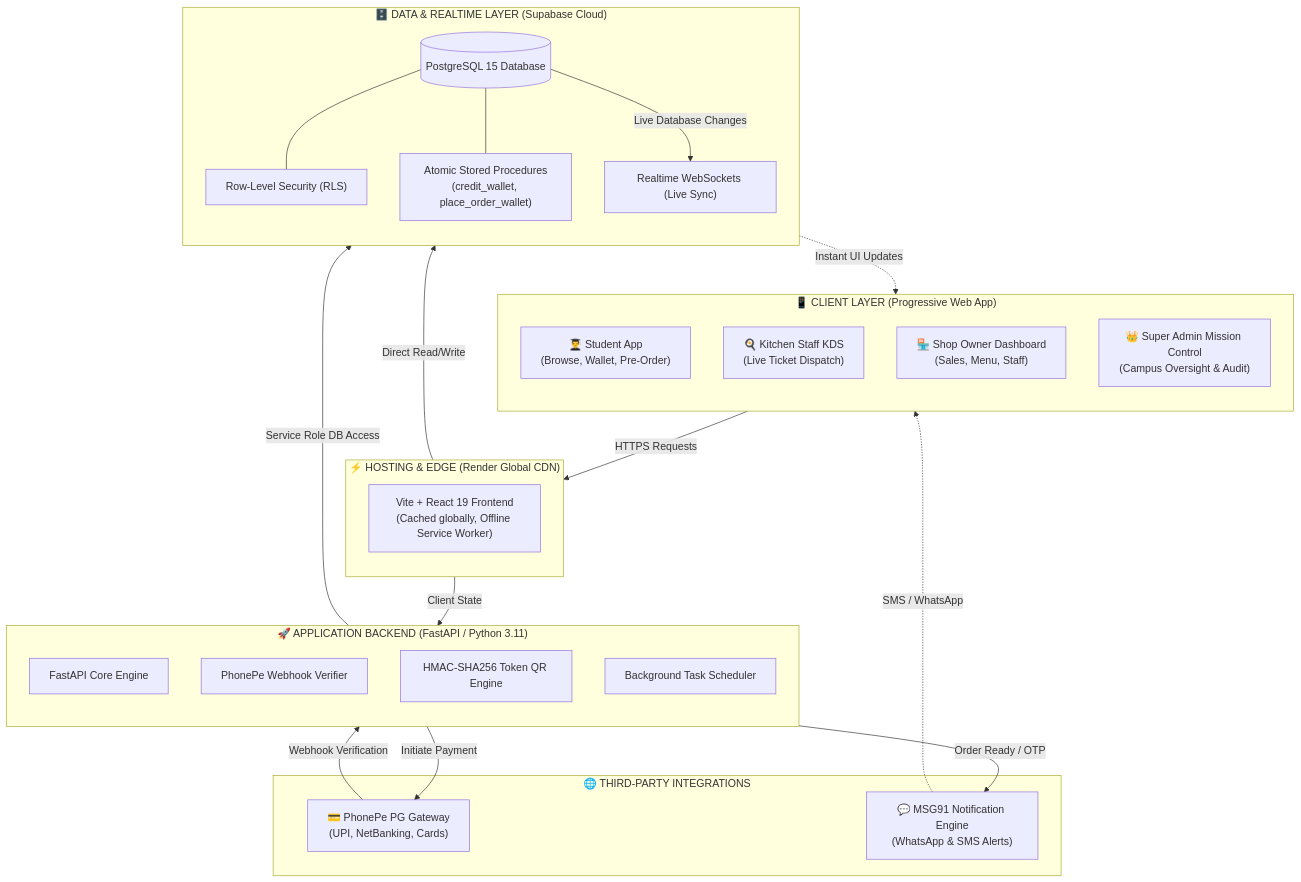
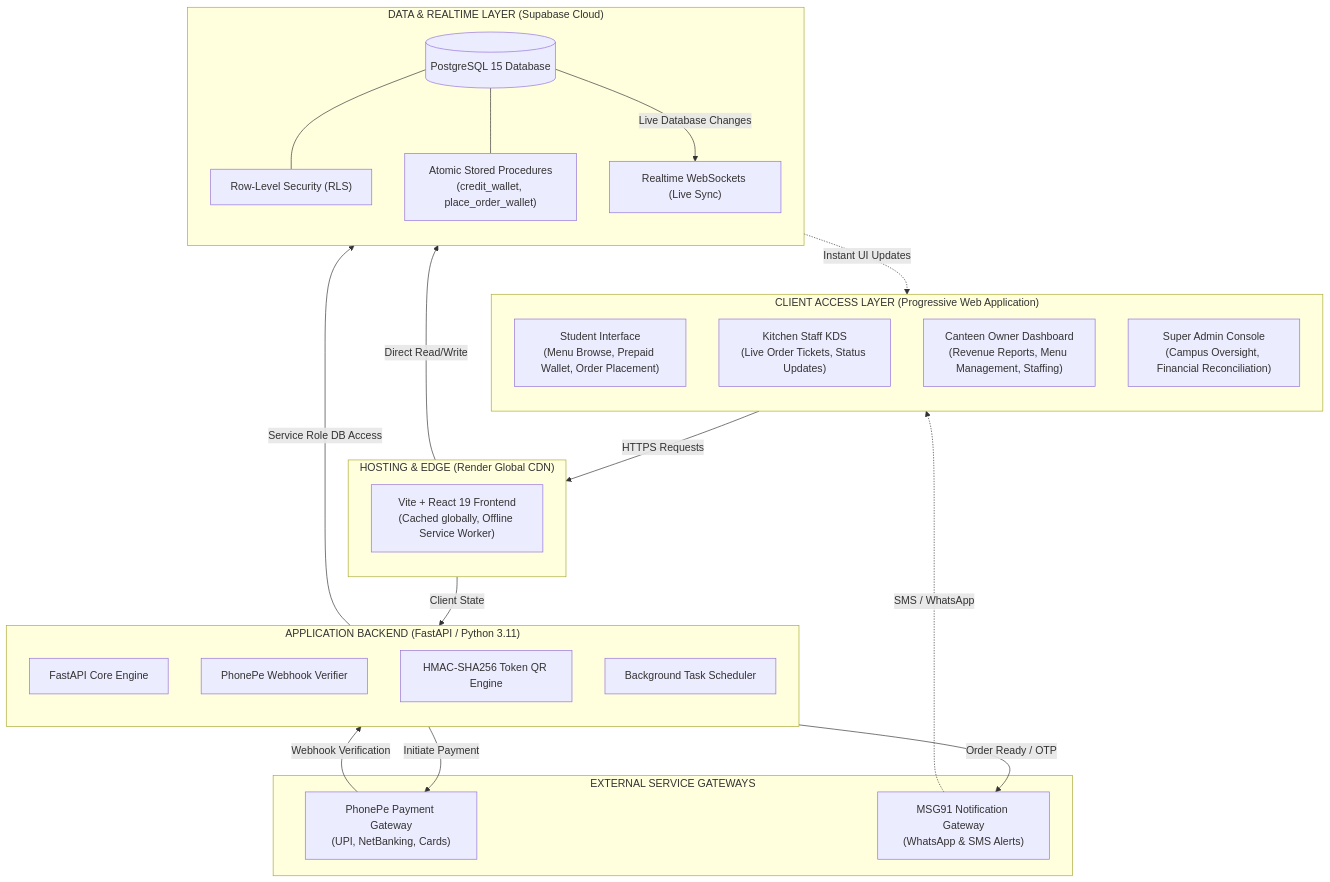
The first of 5 diagrams in docs/V_FOODS_COMPLETE_SYSTEM_GUIDE.md (yogeshravi19/v-buy), drawn with Mermaid before and after one commit. The commit also changed other lines of this file and 13 other files, not shown here.

````diff
--- a/docs/V_FOODS_COMPLETE_SYSTEM_GUIDE.md
+++ b/docs/V_FOODS_COMPLETE_SYSTEM_GUIDE.md
@@ -43,50 +43,50 @@
 ```mermaid
 flowchart TB
-    subgraph Clients["📱 CLIENT LAYER (Progressive Web App)"]
+    subgraph Clients["CLIENT ACCESS LAYER (Progressive Web Application)"]
         direction TB
-        C1["👨‍🎓 Student App<br/>(Browse, Wallet, Pre-Order)"]
-        C2["🍳 Kitchen Staff KDS<br/>(Live Ticket Dispatch)"]
-        C3["🏪 Shop Owner Dashboard<br/>(Sales, Menu, Staff)"]
-        C4["👑 Super Admin Mission Control<br/>(Campus Oversight & Audit)"]
+        C1["Student Interface<br/>(Menu Browse, Prepaid Wallet, Order Placement)"]
+        C2["Kitchen Staff KDS<br/>(Live Order Tickets, Status Updates)"]
+        C3["Canteen Owner Dashboard<br/>(Revenue Reports, Menu Management, Staffing)"]
+        C4["Super Admin Console<br/>(Campus Oversight, Financial Reconciliation)"]
     end
 
-    subgraph CDN["⚡ HOSTING & EDGE (Render Global CDN)"]
+    subgraph CDN["HOSTING & EDGE (Render Global CDN)"]
         direction TB
         Vite["Vite + React 19 Frontend<br/>(Cached globally, Offline Service Worker)"]
     end
 
-    subgraph API["🚀 APPLICATION BACKEND (FastAPI / Python 3.11)"]
+    subgraph API["APPLICATION BACKEND (FastAPI / Python 3.11)"]
         direction TB
         F1["FastAPI Core Engine"]
         F2["PhonePe Webhook Verifier"]
         F3["HMAC-SHA256 Token QR Engine"]
         F4["Background Task Scheduler"]
     end
 
-    subgraph DataLayer["🗄️ DATA & REALTIME LAYER (Supabase Cloud)"]
+    subgraph DataLayer["DATA & REALTIME LAYER (Supabase Cloud)"]
         direction TB
         Postgres[("PostgreSQL 15 Database")]
         RLS["Row-Level Security (RLS)"]
         Realtime["Realtime WebSockets (Live Sync)"]
         RPC["Atomic Stored Procedures<br/>(credit_wallet, place_order_wallet)"]
     end
 
-    subgraph Gateways["🌐 THIRD-PARTY INTEGRATIONS"]
-        PhonePe["💳 PhonePe PG Gateway<br/>(UPI, NetBanking, Cards)"]
-        MSG91["💬 MSG91 Notification Engine<br/>(WhatsApp & SMS Alerts)"]
+    subgraph Gateways["EXTERNAL SERVICE GATEWAYS"]
+        PhonePe["PhonePe Payment Gateway<br/>(UPI, NetBanking, Cards)"]
+        MSG91["MSG91 Notification Gateway<br/>(WhatsApp & SMS Alerts)"]
     end
 
     %% Connections
     Clients -->|HTTPS Requests| Vite
     Vite -->|Client State| API
     Vite -->|Direct Read/Write| Postgres
     API -->|Service Role DB Access| Postgres
     Postgres --- RLS
     Postgres --- RPC
     Postgres -->|Live Database Changes| Realtime
     Realtime -.->|Instant UI Updates| Clients
     API -->|Initiate Payment| PhonePe
     PhonePe -->|Webhook Verification| API
     API -->|Order Ready / OTP| MSG91
     MSG91 -.->|SMS / WhatsApp| C1
 ```
````
